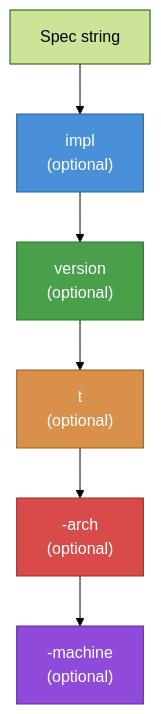
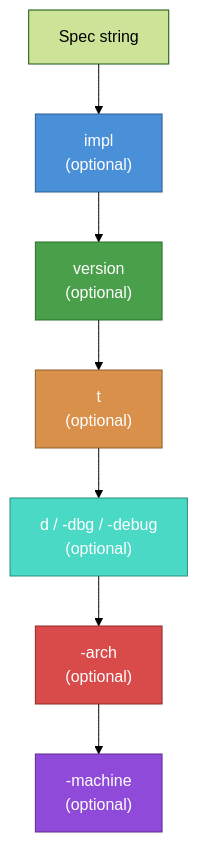
Before and after one commit to tox-dev/python-discovery: the fourth of 5 diagrams in docs/tutorial/getting-started.rst, drawn with Mermaid (forest theme). The commit also changed other lines of this file and 8 other files, not shown here.

Commit message:
🐛 fix(spec): discover debug (Py_DEBUG) interpreters like python3.13-dbg (#96)

```diff
--- a/docs/tutorial/getting-started.rst
+++ b/docs/tutorial/getting-started.rst
@@ -139,14 +139,16 @@
 .. mermaid::
 
     flowchart TD
         Spec["Spec string"] --> Impl["impl<br>(optional)"]
         Impl --> Version["version<br>(optional)"]
         Version --> T["t<br>(optional)"]
-        T --> Arch["-arch<br>(optional)"]
+        T --> D["d / -dbg / -debug<br>(optional)"]
+        D --> Arch["-arch<br>(optional)"]
         Arch --> Machine["-machine<br>(optional)"]
 
         style Impl fill:#4a90d9,stroke:#2a5f8f,color:#fff
         style Version fill:#4a9f4a,stroke:#2a6f2a,color:#fff
         style T fill:#d9904a,stroke:#8f5f2a,color:#fff
+        style D fill:#4ad9c4,stroke:#2a8f7f,color:#fff
         style Arch fill:#d94a4a,stroke:#8f2a2a,color:#fff
         style Machine fill:#904ad9,stroke:#5f2a8f,color:#fff
```
